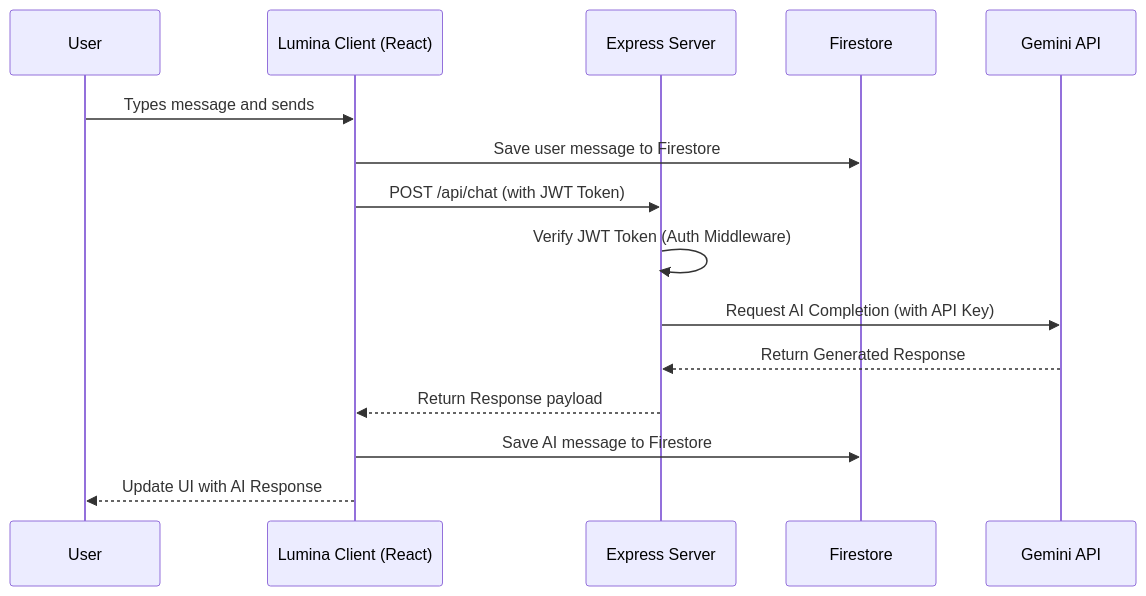
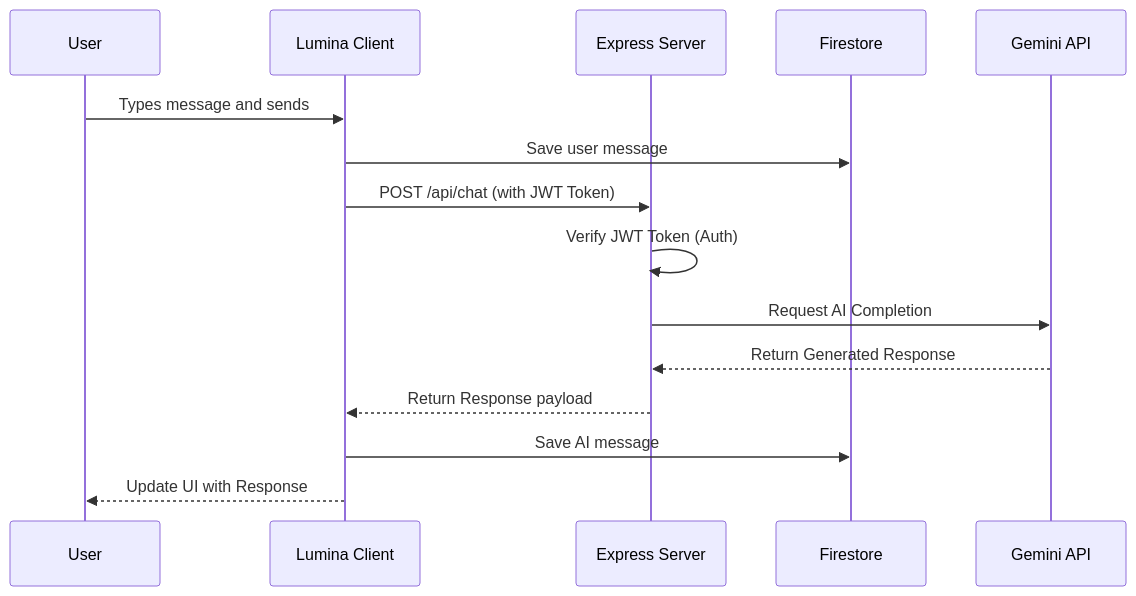
The second of 2 diagrams in README.md (Anurag-tech22/lumina), drawn with Mermaid before and after one commit. The commit also changed other lines of this file, not shown here.

````diff
--- a/README.md
+++ b/README.md
@@ -106,18 +112,18 @@
 ```mermaid
 sequenceDiagram
     participant U as User
-    participant C as Lumina Client (React)
+    participant C as Lumina Client
     participant S as Express Server
     participant F as Firestore
     participant G as Gemini API
     
     U->>C: Types message and sends
-    C->>F: Save user message to Firestore
+    C->>F: Save user message
     C->>S: POST /api/chat (with JWT Token)
-    S->>S: Verify JWT Token (Auth Middleware)
-    S->>G: Request AI Completion (with API Key)
+    S->>S: Verify JWT Token (Auth)
+    S->>G: Request AI Completion
     G-->>S: Return Generated Response
     S-->>C: Return Response payload
-    C->>F: Save AI message to Firestore
-    C-->>U: Update UI with AI Response
+    C->>F: Save AI message
+    C-->>U: Update UI with Response
 ```
````
